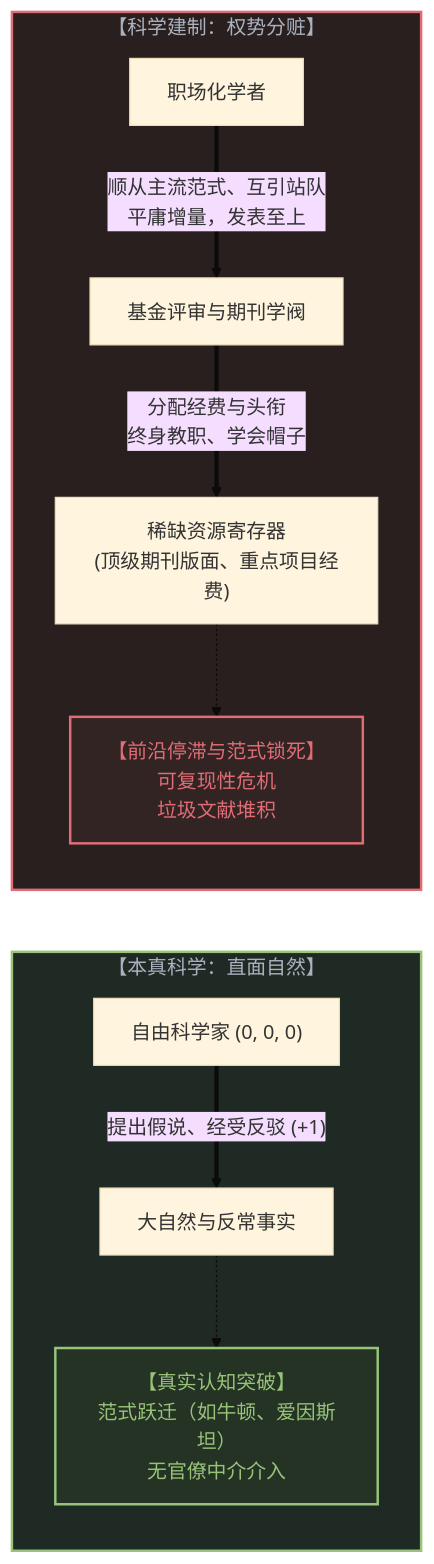
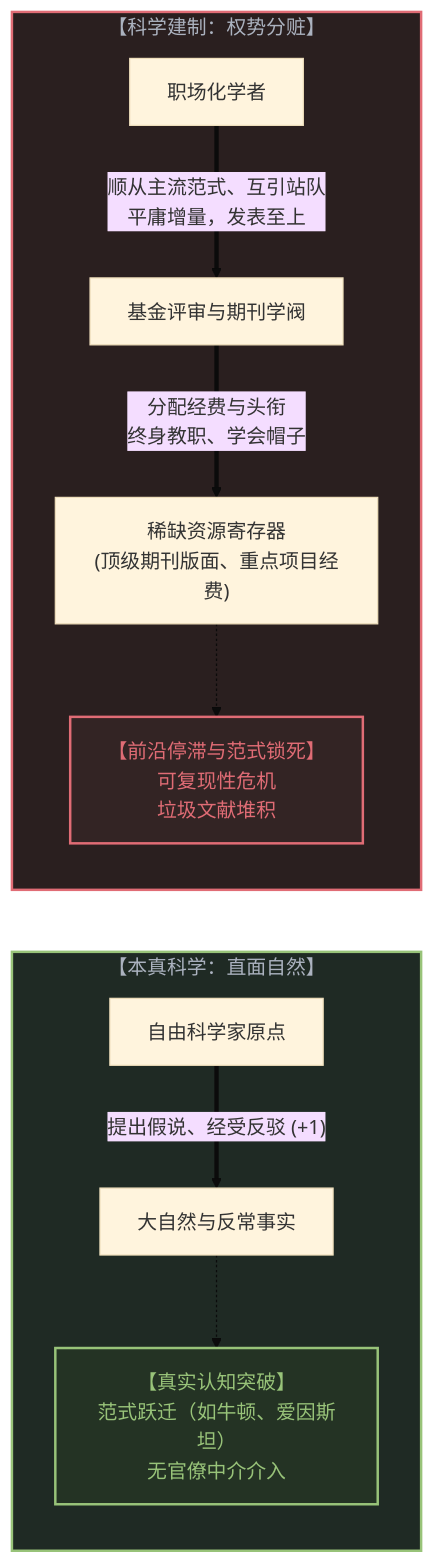
The seventh of 10 diagrams in content/posts/the-reversal-of-education-and-science.md (powerpig99/not-a-toe), drawn with Mermaid (base theme) before and after one commit. The commit also changed other lines of this file and 15 other files, not shown here.

````diff
--- a/content/posts/the-reversal-of-education-and-science.md
+++ b/content/posts/the-reversal-of-education-and-science.md
@@ -297,25 +297,25 @@
 ```mermaid
 graph LR
     subgraph PrimalScience["【本真科学：直面自然】"]
-        Researcher["自由科学家 (0, 0, 0)"]
+        Researcher["自由科学家原点"]
         Empirical["大自然与反常事实"]
         Researcher ==>|"提出假说、经受反驳 (+1)"| Empirical
         TruthRes["【真实认知突破】<br>范式跃迁（如牛顿、爱因斯坦）<br>无官僚中介介入"]
         Empirical -.-> TruthRes
     end
 
     subgraph AcademicCartel["【科学建制：权势分赃】"]
         Scholar["职场化学者"]
         Committee["基金评审与期刊学阀"]
         GrantPower["稀缺资源寄存器<br>(顶级期刊版面、重点项目经费)"]
         Scholar ==>|"顺从主流范式、互引站队<br>平庸增量，发表至上"| Committee
         Committee ==>|"分配经费与头衔<br>终身教职、学会帽子"| GrantPower
         Stagnation["【前沿停滞与范式锁死】<br>可复现性危机<br>垃圾文献堆积"]
         GrantPower -.-> Stagnation
     end
 
     style PrimalScience fill:#1f2a24,stroke:#98c379,stroke-width:2px,color:#abb2bf
     style AcademicCartel fill:#2a1f1f,stroke:#e06c75,stroke-width:2px,color:#abb2bf
     style TruthRes fill:#243324,stroke:#98c379,stroke-width:2px,color:#98c379
     style Stagnation fill:#332424,stroke:#e06c75,stroke-width:2px,color:#e06c75
 ```
````
